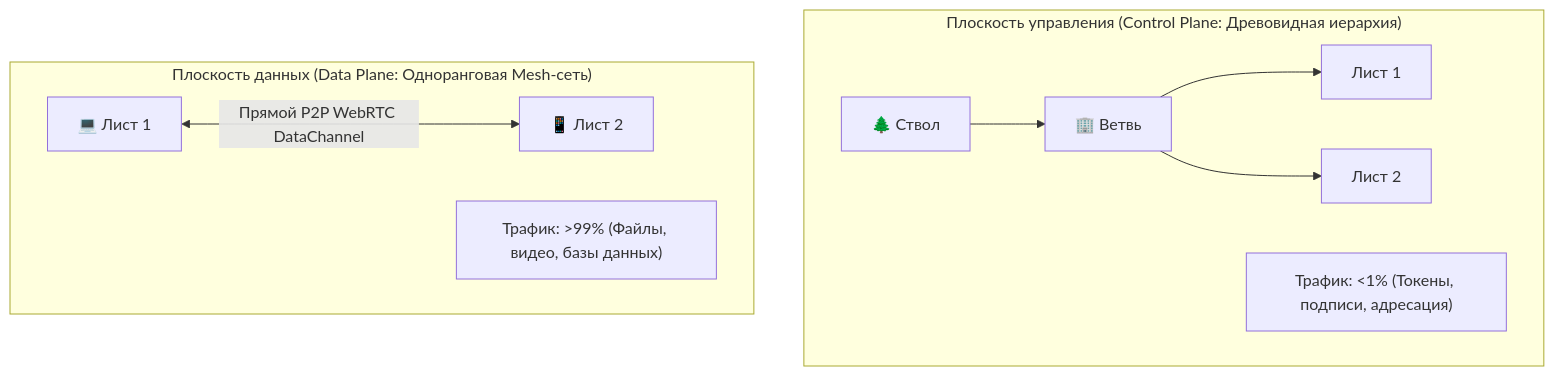
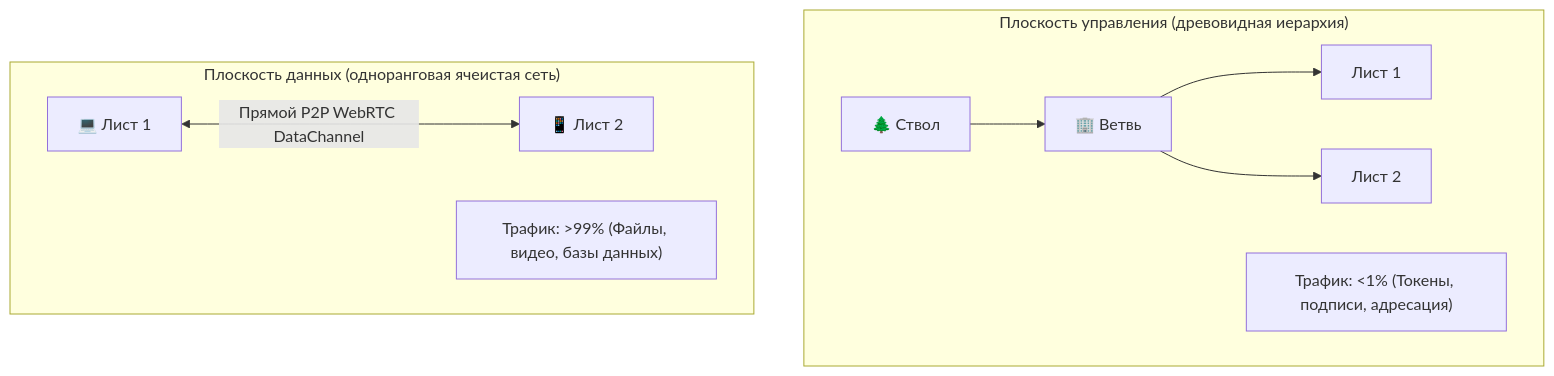
Before and after one commit to Data-Independence-Network/presentations: the second of 12 diagrams in architecture_presentations/05_routing_p2p_and_passthrough/docs/presentation_deck.md, drawn with Mermaid. The commit also changed other lines of this file and 88 other files, not shown here.

```diff
--- a/architecture_presentations/05_routing_p2p_and_passthrough/docs/presentation_deck.md
+++ b/architecture_presentations/05_routing_p2p_and_passthrough/docs/presentation_deck.md
@@ -81,14 +81,14 @@
         <div class="mermaid">
 graph TB
-    subgraph ControlPlane["Плоскость управления (Control Plane: Древовидная иерархия)"]
+    subgraph ControlPlane["Плоскость управления (древовидная иерархия)"]
         CP_Trunk["🌲 Ствол"] --> CP_Branch["🏢 Ветвь"]
         CP_Branch --> CP_Leaf1["Лист 1"]
         CP_Branch --> CP_Leaf2["Лист 2"]
         CP_Desc["Трафик: &lt;1% (Токены, подписи, адресация)"]
     end
 
-    subgraph DataPlane["Плоскость данных (Data Plane: Одноранговая Mesh-сеть)"]
+    subgraph DataPlane["Плоскость данных (одноранговая ячеистая сеть)"]
         DP_Leaf1["💻 Лист 1"] <-->|Прямой P2P WebRTC DataChannel| DP_Leaf2["📱 Лист 2"]
         DP_Desc["Трафик: &gt;99% (Файлы, видео, базы данных)"]
     end
         </div>
```
